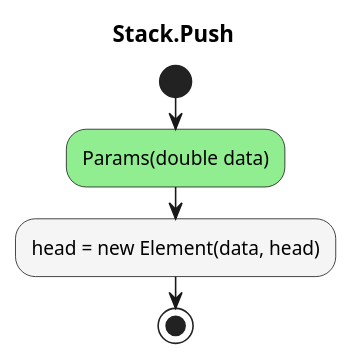
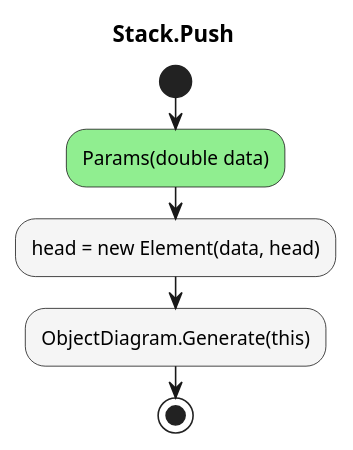
Before and after one commit to leoggehrer/2324-34_ABIF_ACIF_POSE: the diagram in UPNCalculator.ConApp/diagrams/ac_Stack_Push.puml, drawn with PlantUML. The commit also changed 25 other files, not shown here.

Commit message:
Added object diagram generator.

```diff
--- a/UPNCalculator.ConApp/diagrams/ac_Stack_Push.puml
+++ b/UPNCalculator.ConApp/diagrams/ac_Stack_Push.puml
@@ -1,7 +1,8 @@
 @startuml Stack.Push
 title Stack.Push
 start
 #LightGreen:Params(double data);
 #WhiteSmoke:head = new Element(data, head);
+#WhiteSmoke:ObjectDiagram.Generate(this);
 stop
 @enduml
```
